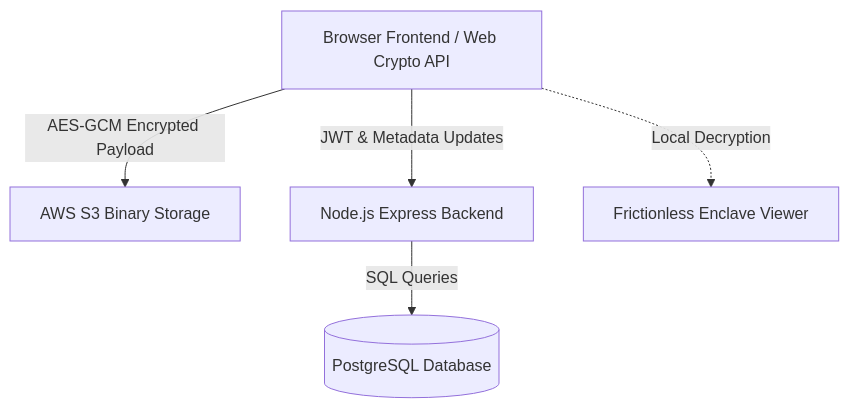
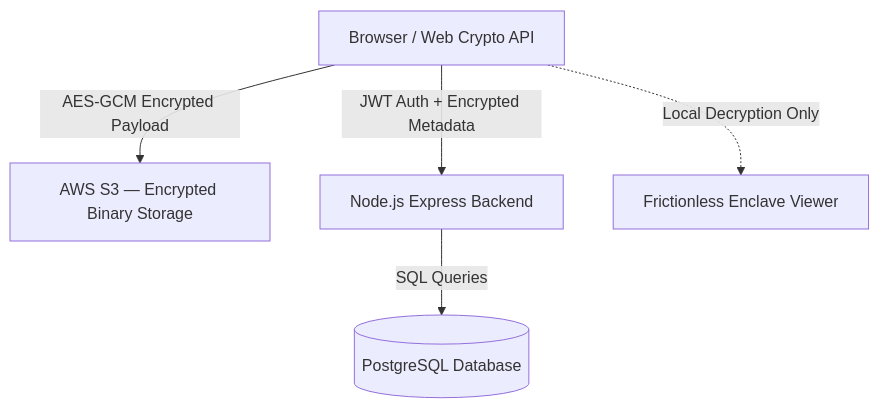
One commit to Adidam-Akshay-Bhaskar/SecureVault changed the diagram in README.md. Above: the diagram before and after it, drawn with Mermaid. The commit also changed other lines of this file and 1 other file, not shown here.

````diff
--- a/README.md
+++ b/README.md
@@ -14,7 +10,13 @@
 ```mermaid
 graph TD
-    Client[Browser Frontend / Web Crypto API] -->|AES-GCM Encrypted Payload| S3[AWS S3 Binary Storage]
-    Client -->|JWT & Metadata Updates| Express[Node.js Express Backend]
-    Express -->|SQL Queries| DB[(PostgreSQL Database)]
-    Client -.->|Local Decryption| Viewer[Frictionless Enclave Viewer]
+    Client[Browser / Web Crypto API]
+    S3[AWS S3 — Encrypted Binary Storage]
+    Express[Node.js Express Backend]
+    DB[(PostgreSQL Database)]
+    Viewer[Frictionless Enclave Viewer]
+
+    Client -->|AES-GCM Encrypted Payload| S3
+    Client -->|JWT Auth + Encrypted Metadata| Express
+    Express -->|SQL Queries| DB
+    Client -.->|Local Decryption Only| Viewer
 ```
````
